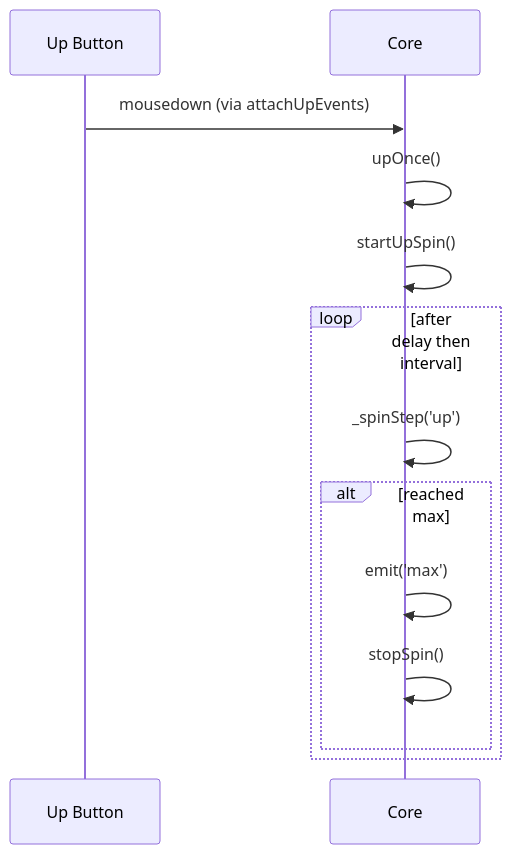
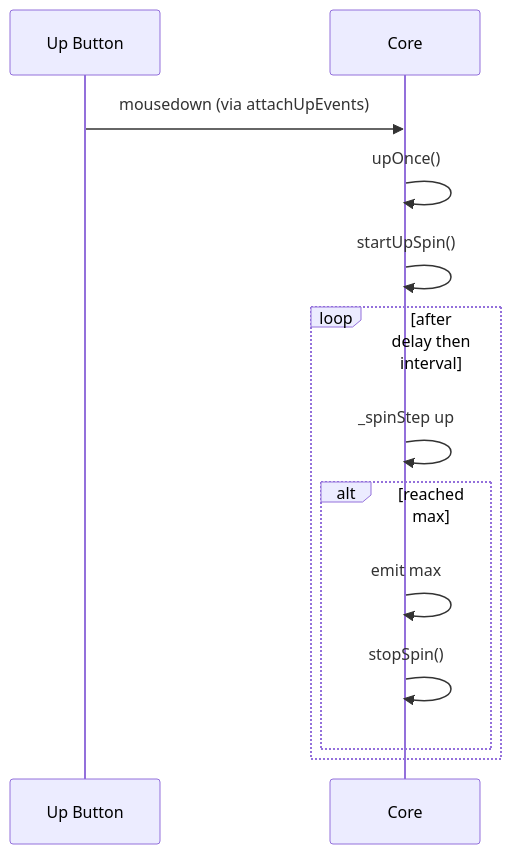
The diagram in architecture-openai/diagrams/spin-hold-up-sequence.md (istvan-ujjmeszaros/touchspin), drawn with Mermaid before and after one commit. The commit also changed 7 other files, not shown here.

Commit message:
docs(architecture): fix Mermaid syntax across diagrams (escape/remove special chars, replace '$' participant, quote labels)

````diff
--- a/architecture-openai/diagrams/spin-hold-up-sequence.md
+++ b/architecture-openai/diagrams/spin-hold-up-sequence.md
@@ -1,16 +1,16 @@
 ```mermaid
 sequenceDiagram
   participant Btn as Up Button
   participant C as Core
 
   Btn->>C: mousedown (via attachUpEvents)
   C->>C: upOnce()
   C->>C: startUpSpin()
   loop after delay then interval
-    C->>C: _spinStep('up')
+    C->>C: _spinStep up
     alt reached max
-      C->>C: emit('max')
+      C->>C: emit max
       C->>C: stopSpin()
     end
   end
 ```
````
